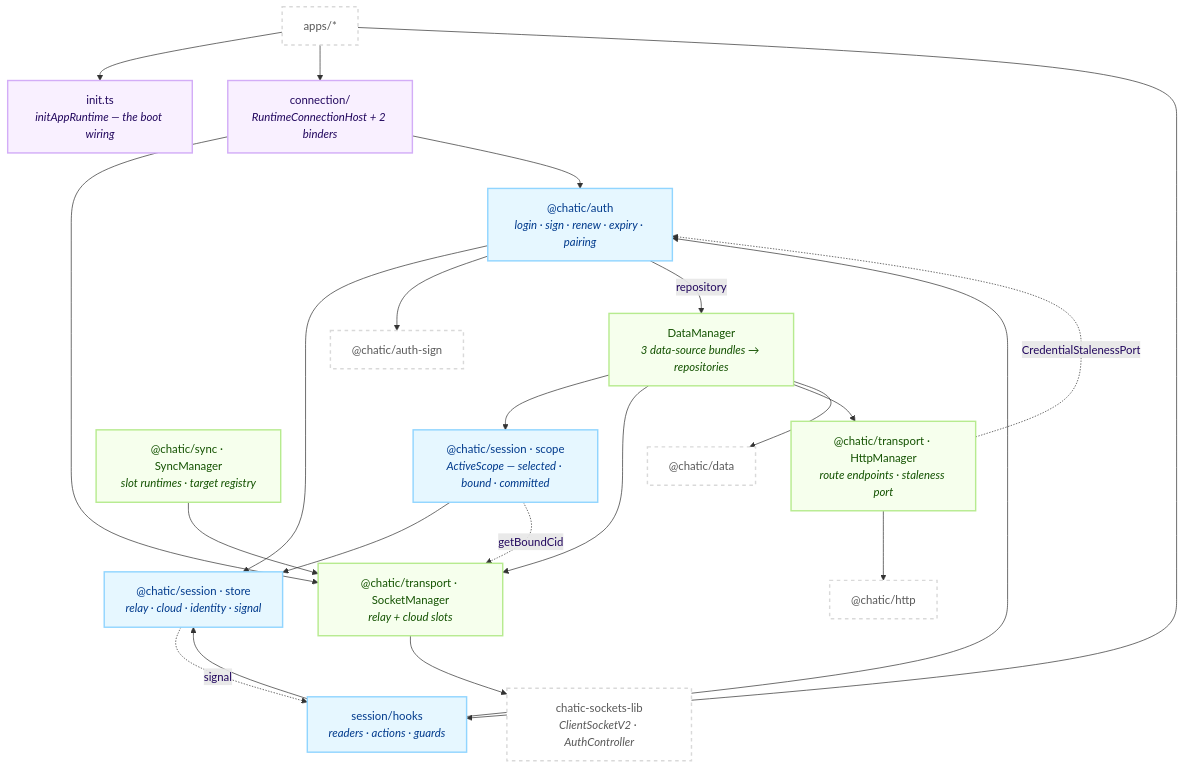
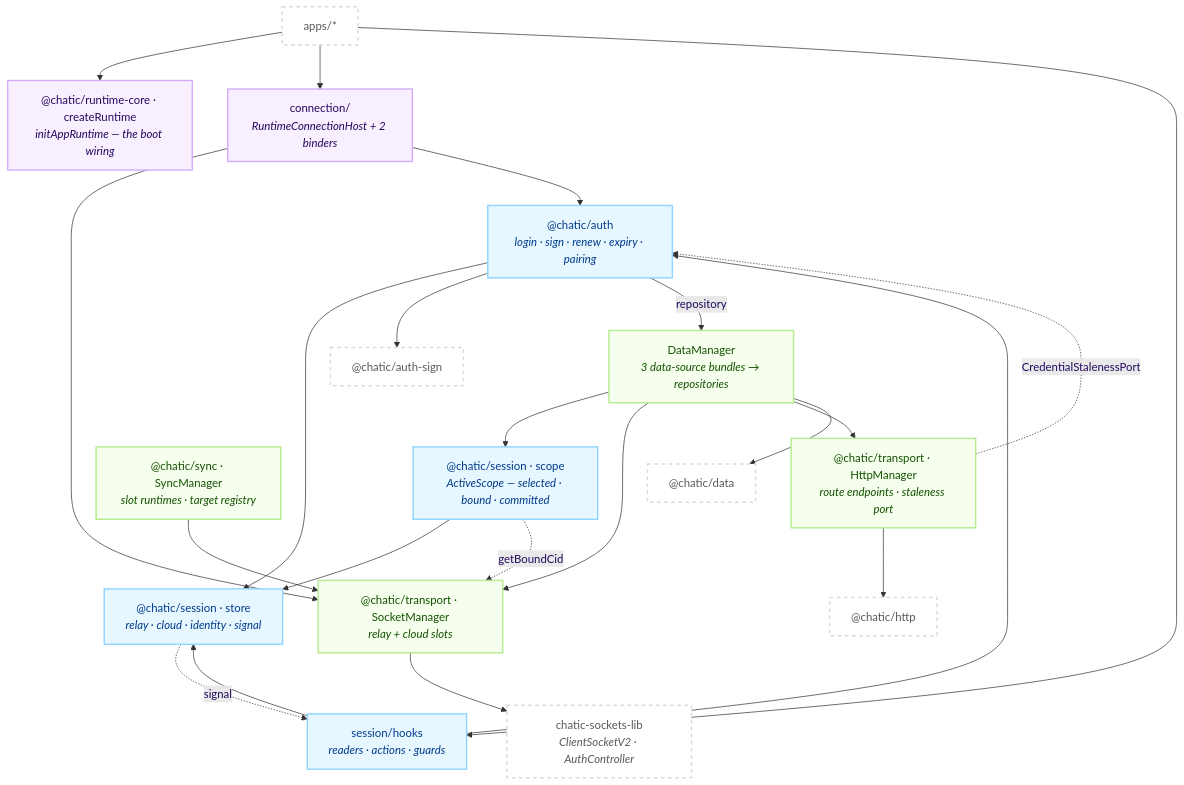
One commit to lemoncloud-io/dou-app changed the first of 2 diagrams in libs/app-runtime/README.md. Above: the diagram before and after it, drawn with Mermaid. The commit also changed other lines of this file and 102 other files, not shown here.

First line of the commit message:
refactor(runtime-core,app-runtime): assemble the runtime in runtime-core (ADR-0305)

````diff
--- a/libs/app-runtime/README.md
+++ b/libs/app-runtime/README.md
@@ -72,48 +72,48 @@
 ```mermaid
 flowchart TD
     classDef root fill:#f9f0ff,stroke:#d3adf7,stroke-width:2px,color:#22075e;
     classDef sess fill:#e6f7ff,stroke:#91d5ff,stroke-width:2px,color:#003a8c;
     classDef eng fill:#f6ffed,stroke:#b7eb8f,stroke-width:2px,color:#135200;
     classDef ext fill:#ffffff,stroke:#d9d9d9,stroke-width:2px,color:#595959,stroke-dasharray: 5 5;
 
     App["apps/*"]:::ext
-    Init["init.ts<br/><i>initAppRuntime — the boot wiring</i>"]:::root
+    Init["@chatic/runtime-core · createRuntime<br/><i>initAppRuntime — the boot wiring</i>"]:::root
     Host["connection/<br/><i>RuntimeConnectionHost + 2 binders</i>"]:::root
 
     Hooks["session/hooks<br/><i>readers · actions · guards</i>"]:::sess
     Auth["@chatic/auth<br/><i>login · sign · renew · expiry · pairing</i>"]:::sess
     Store["@chatic/session · store<br/><i>relay · cloud · identity · signal</i>"]:::sess
     Scope["@chatic/session · scope<br/><i>ActiveScope — selected · bound · committed</i>"]:::sess
 
     SM["@chatic/transport · SocketManager<br/><i>relay + cloud slots</i>"]:::eng
     SyncM["@chatic/sync · SyncManager<br/><i>slot runtimes · target registry</i>"]:::eng
     HM["@chatic/transport · HttpManager<br/><i>route endpoints · staleness port</i>"]:::eng
     DM["DataManager<br/><i>3 data-source bundles → repositories</i>"]:::eng
 
     SDK["chatic-sockets-lib<br/><i>ClientSocketV2 · AuthController</i>"]:::ext
     Data["@chatic/data"]:::ext
     Http["@chatic/http"]:::ext
     Sign["@chatic/auth-sign"]:::ext
 
     App --> Init
     App --> Host
     App --> Hooks
     Host --> SM
     Host --> Auth
     Hooks --> Auth
     Hooks --> Store
     Auth --> Store
     Auth --> Sign
     Auth -->|"repository"| DM
     Scope --> Store
     Scope -.->|"getBoundCid"| SM
     Store -.->|"signal"| Hooks
     SM --> SDK
     SyncM --> SM
     DM --> Scope
     DM --> SM
     DM --> HM
     DM --> Data
     HM --> Http
     HM -.->|"CredentialStalenessPort"| Auth
 ```
````
